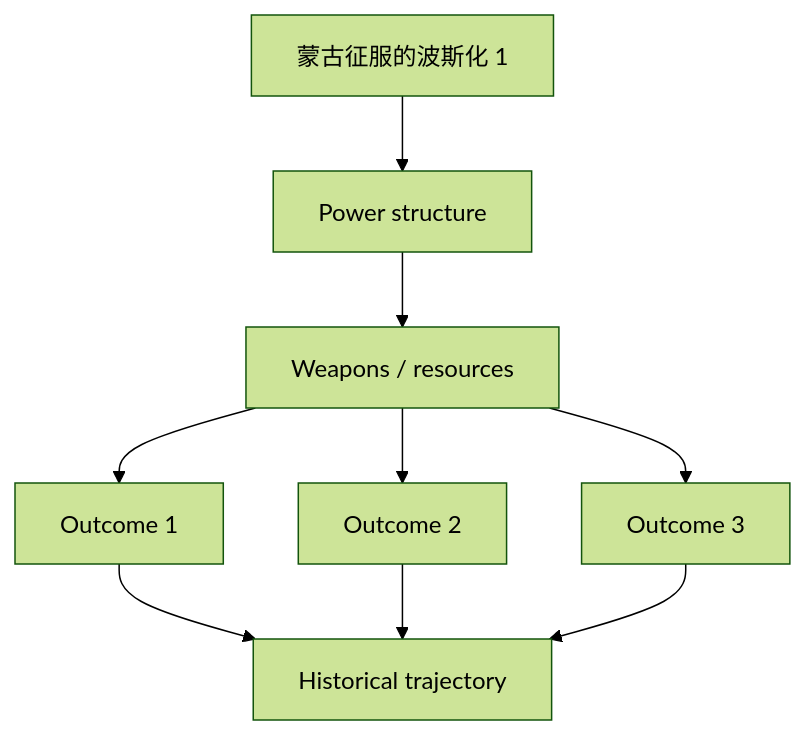
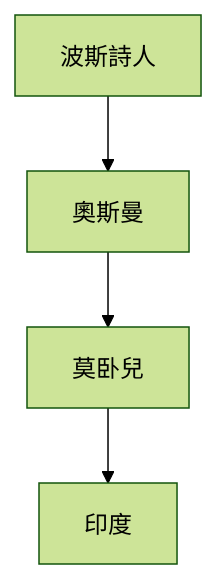
Before and after one commit to yip-lgtm/HKU-Harvard-History-Self-Study: the third of 6 diagrams in 01_HKU_Courses/HIST2222_Persianate_World.md, drawn with Mermaid (forest theme). The commit also changed other lines of this file and 48 other files, not shown here.

````diff
--- a/01_HKU_Courses/HIST2222_Persianate_World.md
+++ b/01_HKU_Courses/HIST2222_Persianate_World.md
@@ -185,11 +109,6 @@
 ```mermaid
-graph TD
-    A[蒙古征服的波斯化 1] --> B[Power structure]
-    B --> C[Weapons / resources]
-    C --> D[Outcome 1]
-    C --> E[Outcome 2]
-    C --> F[Outcome 3]
-    D --> G[Historical trajectory]
-    E --> G
-    F --> G
+flowchart TD
+    A[波斯詩人] --> B[奧斯曼]
+    B --> C[莫卧兒]
+    C --> D[印度]
 ```
````
